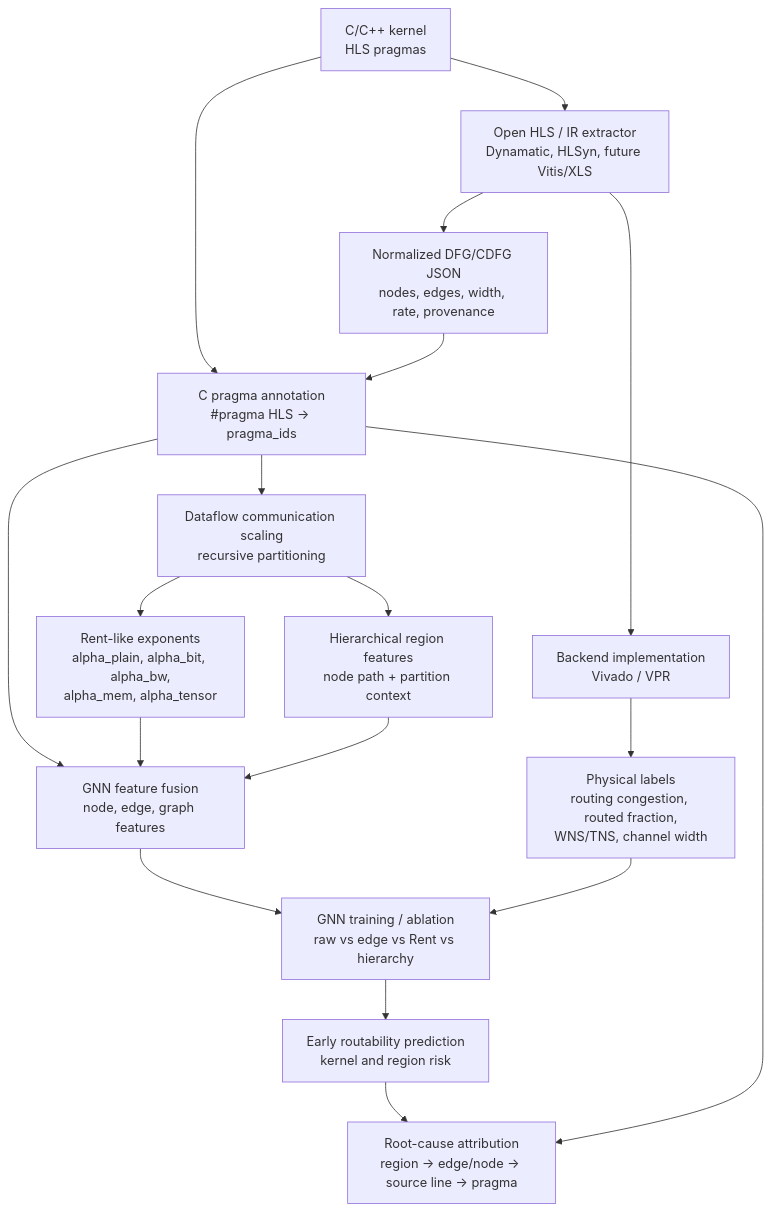
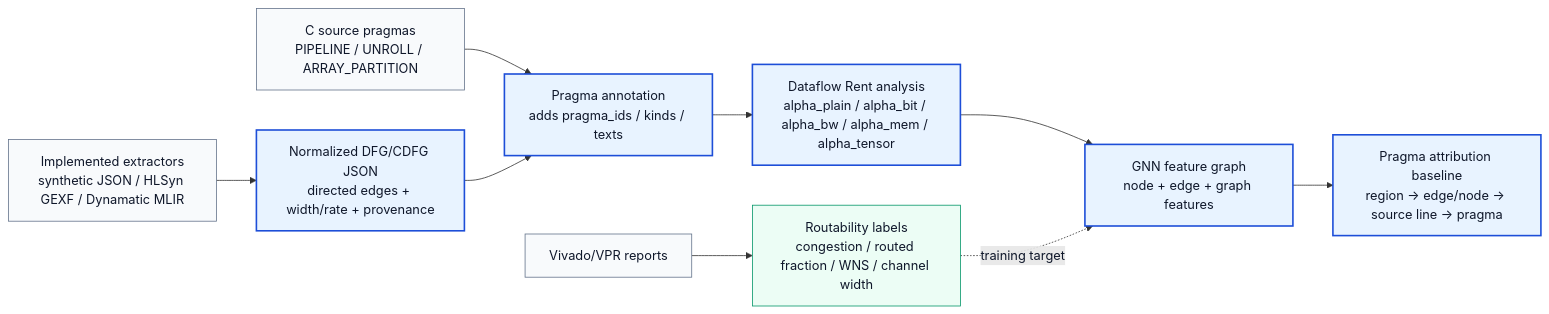
The diagram in README.md (xiaokewan/hls-rent), drawn with Mermaid before and after one commit. The commit also changed other lines of this file, not shown here.

Commit message:
simplify readme flowchart

````diff
--- a/README.md
+++ b/README.md
@@ -12,20 +12,16 @@
 ```mermaid
-flowchart TD
-    A["C/C++ kernel<br/>HLS pragmas"] --> B["Open HLS / IR extractor<br/>Dynamatic, HLSyn, future Vitis/XLS"]
-    B --> C["Normalized DFG/CDFG JSON<br/>nodes, edges, width, rate, provenance"]
-    A --> D["C pragma annotation<br/>#pragma HLS -> pragma_ids"]
-    C --> D
-    D --> E["Dataflow communication scaling<br/>recursive partitioning"]
-    E --> F["Rent-like exponents<br/>alpha_plain, alpha_bit, alpha_bw,<br/>alpha_mem, alpha_tensor"]
-    E --> G["Hierarchical region features<br/>node path + partition context"]
-    D --> H["GNN feature fusion<br/>node, edge, graph features"]
-    F --> H
-    G --> H
-    B --> I["Backend implementation<br/>Vivado / VPR"]
-    I --> J["Physical labels<br/>routing congestion, routed fraction,<br/>WNS/TNS, channel width"]
-    H --> K["GNN training / ablation<br/>raw vs edge vs Rent vs hierarchy"]
-    J --> K
-    K --> L["Early routability prediction<br/>kernel and region risk"]
-    L --> M["Root-cause attribution<br/>region -> edge/node -> source line -> pragma"]
-    D --> M
+flowchart LR
+    A["Implemented extractors<br/>synthetic JSON / HLSyn GEXF / Dynamatic MLIR"]:::done --> B["Normalized DFG/CDFG JSON<br/>directed edges + width/rate + provenance"]:::key
+    C["C source pragmas<br/>PIPELINE / UNROLL / ARRAY_PARTITION"]:::done --> D["Pragma annotation<br/>adds pragma_ids / kinds / texts"]:::key
+    B --> D
+    D --> E["Dataflow Rent analysis<br/>alpha_plain / alpha_bit / alpha_bw / alpha_mem / alpha_tensor"]:::key
+    E --> F["GNN feature graph<br/>node + edge + graph features"]:::key
+    F --> G["Pragma attribution baseline<br/>region -> edge/node -> source line -> pragma"]:::key
+
+    H["Vivado/VPR reports"]:::done --> I["Routability labels<br/>congestion / routed fraction / WNS / channel width"]:::label
+    I -. "training target" .-> F
+
+    classDef key fill:#e8f3ff,stroke:#1d4ed8,stroke-width:2px,color:#0f172a;
+    classDef done fill:#f8fafc,stroke:#64748b,color:#0f172a;
+    classDef label fill:#ecfdf5,stroke:#059669,color:#0f172a;
 ```
````
